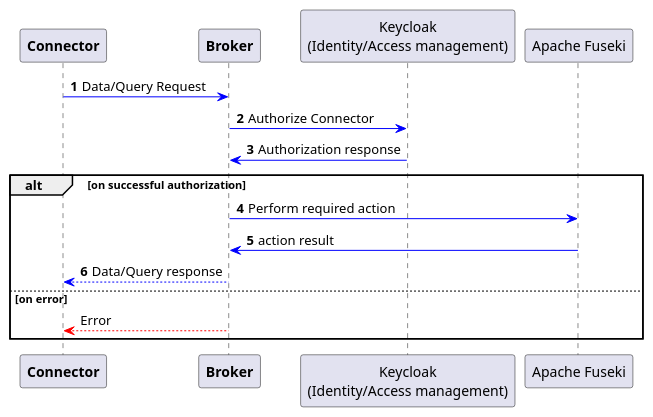
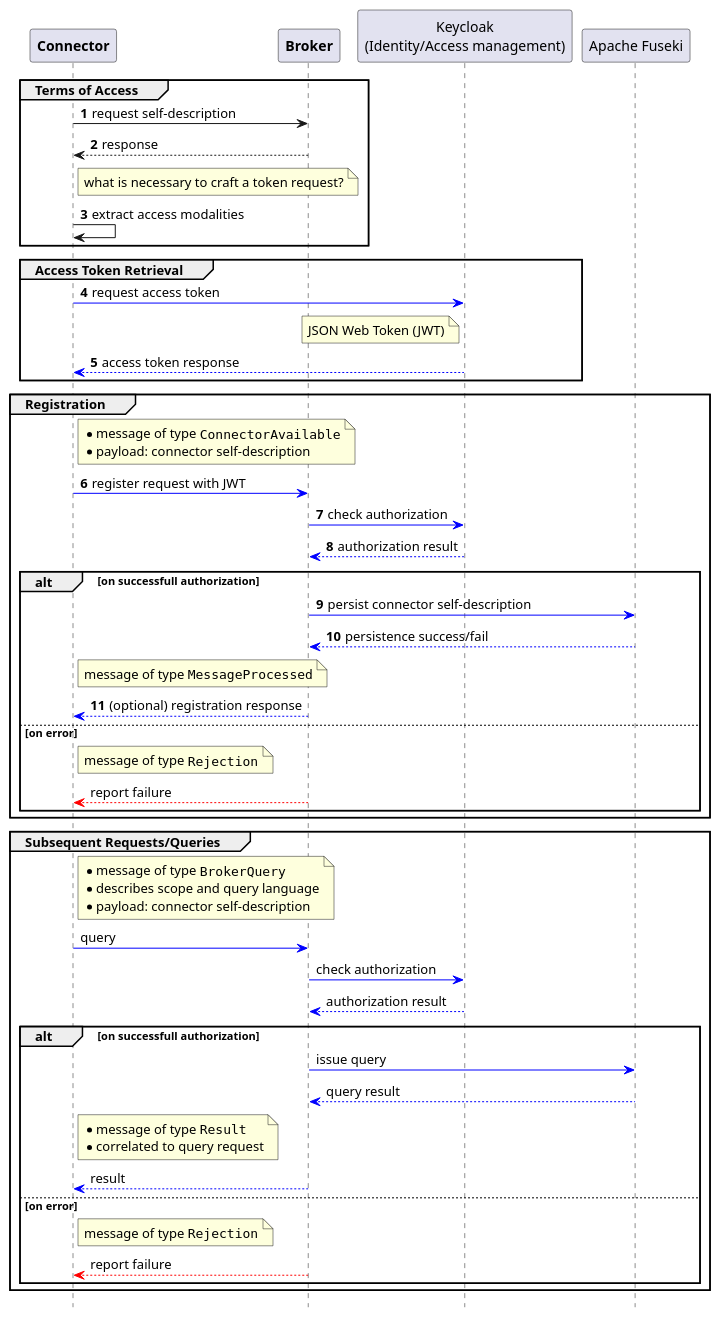
The diagram in connector_broker_interaction_http.plantuml (IndustrialDataSpace/Documentation), drawn with PlantUML before and after one commit.

Commit message:
add multiple groups to improve broker interaction sequence diagram

```diff
--- a/connector_broker_interaction_http.plantuml
+++ b/connector_broker_interaction_http.plantuml
@@ -1,22 +1,69 @@
 @startuml
 participant "**Connector**" as C
 participant "**Broker**" as B
 participant "Keycloak\n(Identity/Access management)" as K
 participant "Apache Fuseki" as F
 
 autonumber
-C -[#blue]> B: Data/Query Request
-B -[#blue]> K: Authorize Connector
-K -[#blue]> B:Authorization response
+hide footbox
 
-alt on successful authorization
-	B -[#blue]> F: Perform required action
-	F -[#blue]> B:action result
-	B --[#blue]> C:Data/Query response
+group Terms of Access
+    C -> B : request self-description
+    C <-- B : response
 
-else on error
-	autonumber stop
-	B --[#red]> C: Error
+    note right of C: what is necessary to craft a token request?
+    C -> C : extract access modalities
+end
 
+group Access Token Retrieval
+    C -[#blue]> K : request access token
+
+    note left of K: JSON Web Token (JWT)
+    K --[#blue]> C : access token response
 end
+
+group Registration
+    note right of C: *message of type ""ConnectorAvailable""\n*payload: connector self-description
+    C -[#blue]> B : register request with JWT
+
+    B -[#blue]> K : check authorization
+    K --[#blue]> B : authorization result
+
+    alt on successfull authorization
+        B -[#blue]> F : persist connector self-description
+        F --[#blue]> B : persistence success/fail
+
+
+        note right of C: message of type ""MessageProcessed""
+        B --[#blue]> C : (optional) registration response
+
+    else on error
+        autonumber stop
+        note right of C: message of type ""Rejection""
+        B --[#red]> C : report failure
+    end
+end
+
+group Subsequent Requests/Queries
+    note right of C: *message of type ""BrokerQuery""\n*describes scope and query language\n*payload: connector self-description
+    C -[#blue]> B : query
+
+    B -[#blue]> K : check authorization
+    K --[#blue]> B : authorization result
+
+    alt on successfull authorization
+        B -[#blue]> F : issue query
+        F --[#blue]> B : query result
+
+
+        note right of C: *message of type ""Result""\n*correlated to query request
+        B --[#blue]> C : result
+
+    else on error
+        autonumber stop
+        note right of C: message of type ""Rejection""
+        B --[#red]> C : report failure
+    end
+end
+
 @enduml
```
